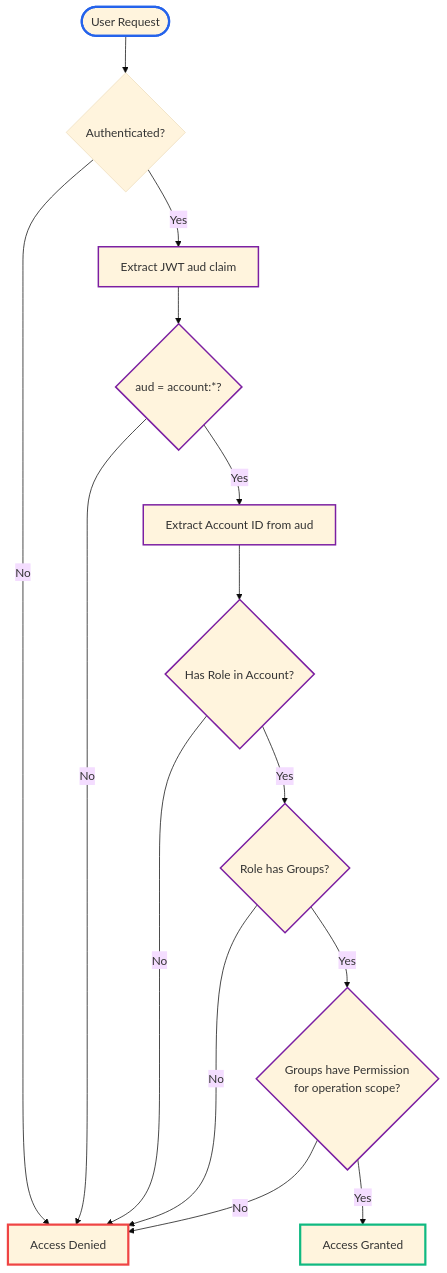
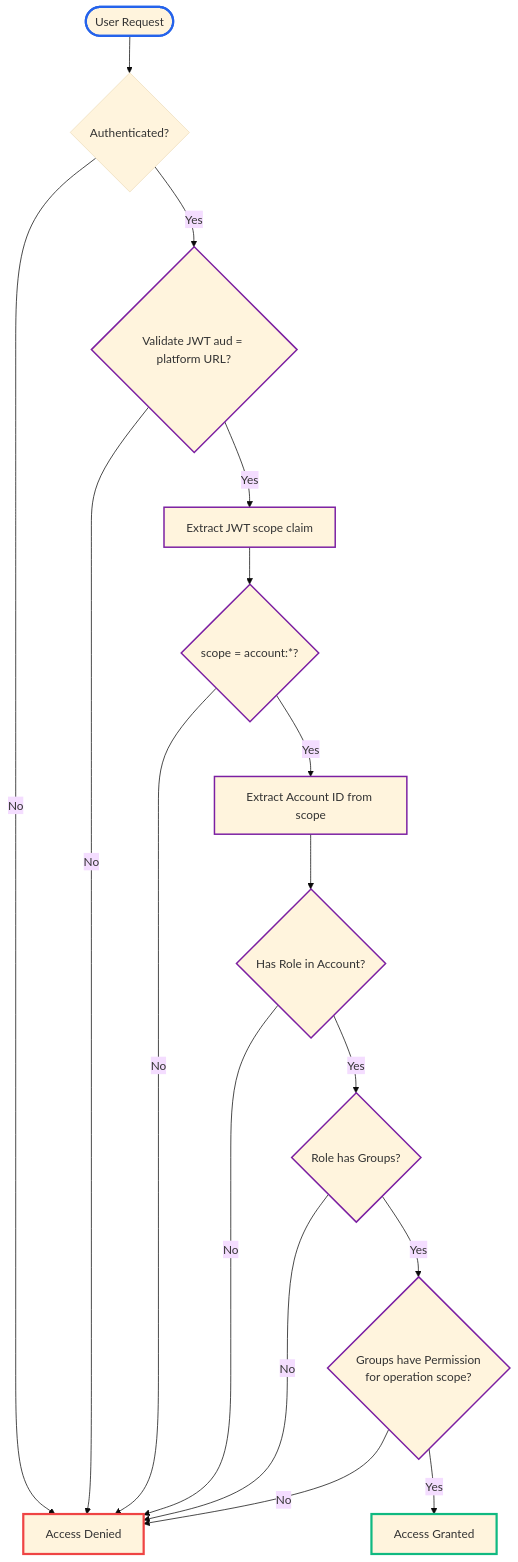
Before and after one commit to grant-js/grant: the ninth of 12 diagrams in docs/architecture/data-model.md, drawn with Mermaid (base theme). The commit also changed other lines of this file and 1791 other files, not shown here.

````diff
--- a/docs/architecture/data-model.md
+++ b/docs/architecture/data-model.md
@@ -185,26 +198,29 @@
 ```mermaid
 flowchart TD
     Start([User Request]) --> Auth{Authenticated?}
     Auth -->|No| Deny[Access Denied]
-    Auth -->|Yes| ExtractAud[Extract JWT aud claim]
-    ExtractAud --> CheckAudType{aud = account:*?}
-    CheckAudType -->|No| Deny
-    CheckAudType -->|Yes| ExtractAccountId[Extract Account ID from aud]
+    Auth -->|Yes| ValidateAud{Validate JWT aud = platform URL?}
+    ValidateAud -->|No| Deny
+    ValidateAud -->|Yes| ExtractScope[Extract JWT scope claim]
+    ExtractScope --> CheckScopeType{scope = account:*?}
+    CheckScopeType -->|No| Deny
+    CheckScopeType -->|Yes| ExtractAccountId[Extract Account ID from scope]
     ExtractAccountId --> CheckAccountRole{Has Role in Account?}
     CheckAccountRole -->|No| Deny
     CheckAccountRole -->|Yes| CheckAccountGroup{Role has Groups?}
     CheckAccountGroup -->|No| Deny
     CheckAccountGroup -->|Yes| CheckAccountPerm{Groups have Permission<br/>for operation scope?}
     CheckAccountPerm -->|No| Deny
     CheckAccountPerm -->|Yes| Allow[Access Granted]
 
     style Start stroke:#2563eb,stroke-width:3px
     style Allow stroke:#10b981,stroke-width:3px
     style Deny stroke:#ef4444,stroke-width:3px
-    style ExtractAud stroke:#7b1fa2,stroke-width:2px
-    style CheckAudType stroke:#7b1fa2,stroke-width:2px
+    style ValidateAud stroke:#7b1fa2,stroke-width:2px
+    style ExtractScope stroke:#7b1fa2,stroke-width:2px
+    style CheckScopeType stroke:#7b1fa2,stroke-width:2px
     style ExtractAccountId stroke:#7b1fa2,stroke-width:2px
     style CheckAccountRole stroke:#7b1fa2,stroke-width:2px
     style CheckAccountGroup stroke:#7b1fa2,stroke-width:2px
     style CheckAccountPerm stroke:#7b1fa2,stroke-width:2px
 ```
````
